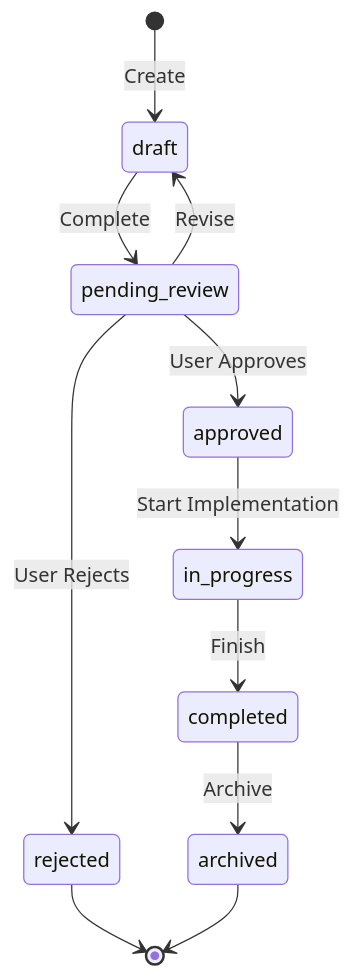
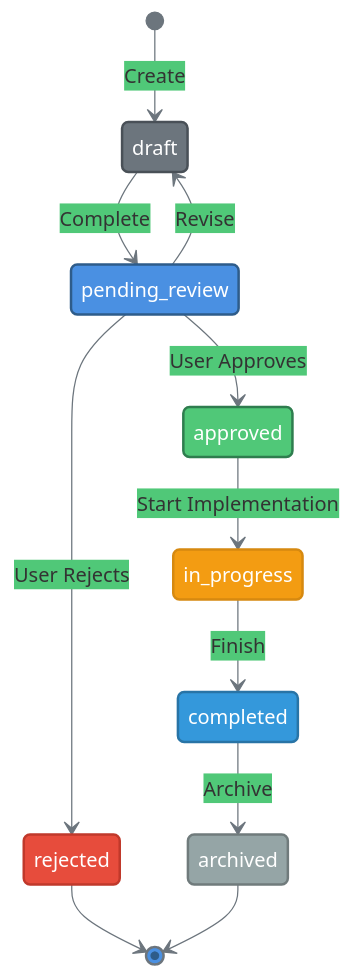
One commit to neyrojasj/smart-agent changed the second of 2 diagrams in README.md. Above: the diagram before and after it, drawn with Mermaid. The commit also changed other lines of this file, not shown here.

First line of the commit message:
🎨 Improve README diagrams and formatting

````diff
--- a/README.md
+++ b/README.md
@@ -299,13 +312,30 @@
 ```mermaid
+%%{init: {'theme':'base', 'themeVariables': { 'primaryColor':'#4A90E2','primaryTextColor':'#fff','primaryBorderColor':'#2E5C8A','lineColor':'#6c757d','secondaryColor':'#50C878','tertiaryColor':'#E74C3C','background':'#ffffff','mainBkg':'#4A90E2','secondBkg':'#50C878','tertiaryBkg':'#E74C3C','textColor':'#333','lineColor':'#6c757d','fontSize':'16px'}}}%%
 stateDiagram-v2
     [*] --> draft: Create
     draft --> pending_review: Complete
     pending_review --> approved: User Approves
     pending_review --> rejected: User Rejects
     pending_review --> draft: Revise
     approved --> in_progress: Start Implementation
     in_progress --> completed: Finish
     completed --> archived: Archive
     rejected --> [*]
     archived --> [*]
+    
+    classDef draftStyle fill:#6c757d,stroke:#495057,stroke-width:2px,color:#fff
+    classDef reviewStyle fill:#4A90E2,stroke:#2E5C8A,stroke-width:2px,color:#fff
+    classDef approvedStyle fill:#50C878,stroke:#2E7D4E,stroke-width:2px,color:#fff
+    classDef rejectedStyle fill:#E74C3C,stroke:#C0392B,stroke-width:2px,color:#fff
+    classDef progressStyle fill:#F39C12,stroke:#D68910,stroke-width:2px,color:#fff
+    classDef completedStyle fill:#3498DB,stroke:#2874A6,stroke-width:2px,color:#fff
+    classDef archivedStyle fill:#95A5A6,stroke:#707B7C,stroke-width:2px,color:#fff
+    
+    class draft draftStyle
+    class pending_review reviewStyle
+    class approved approvedStyle
+    class rejected rejectedStyle
+    class in_progress progressStyle
+    class completed completedStyle
+    class archived archivedStyle
 ```
````
